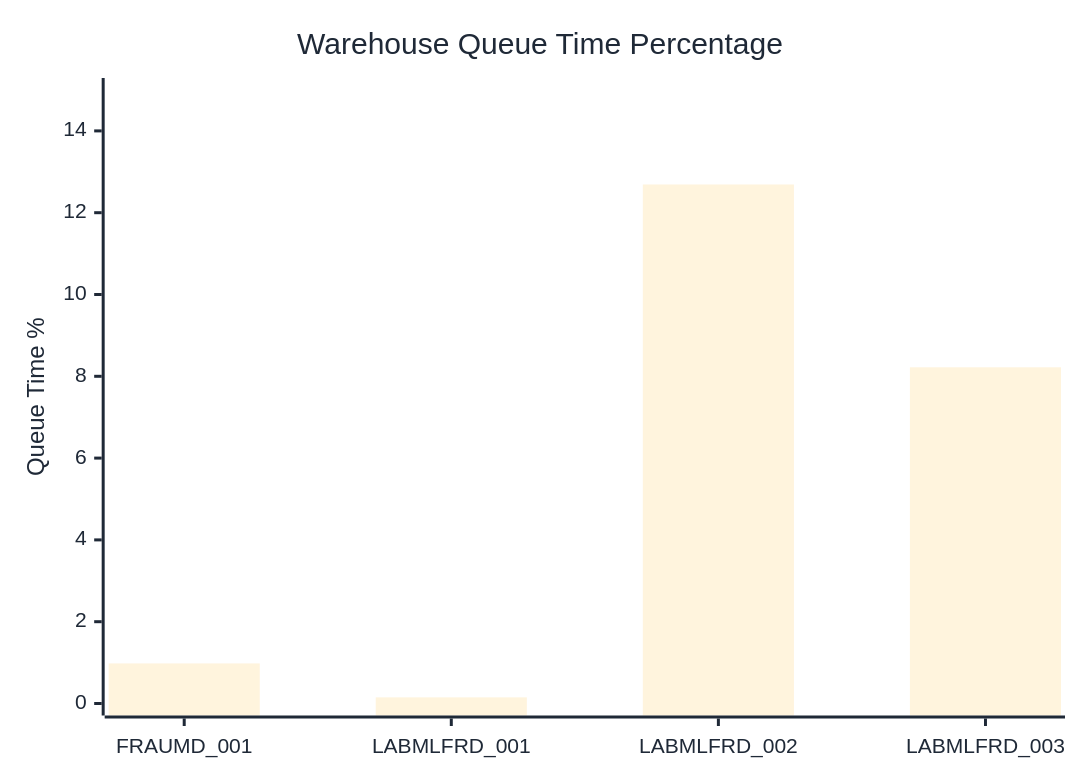
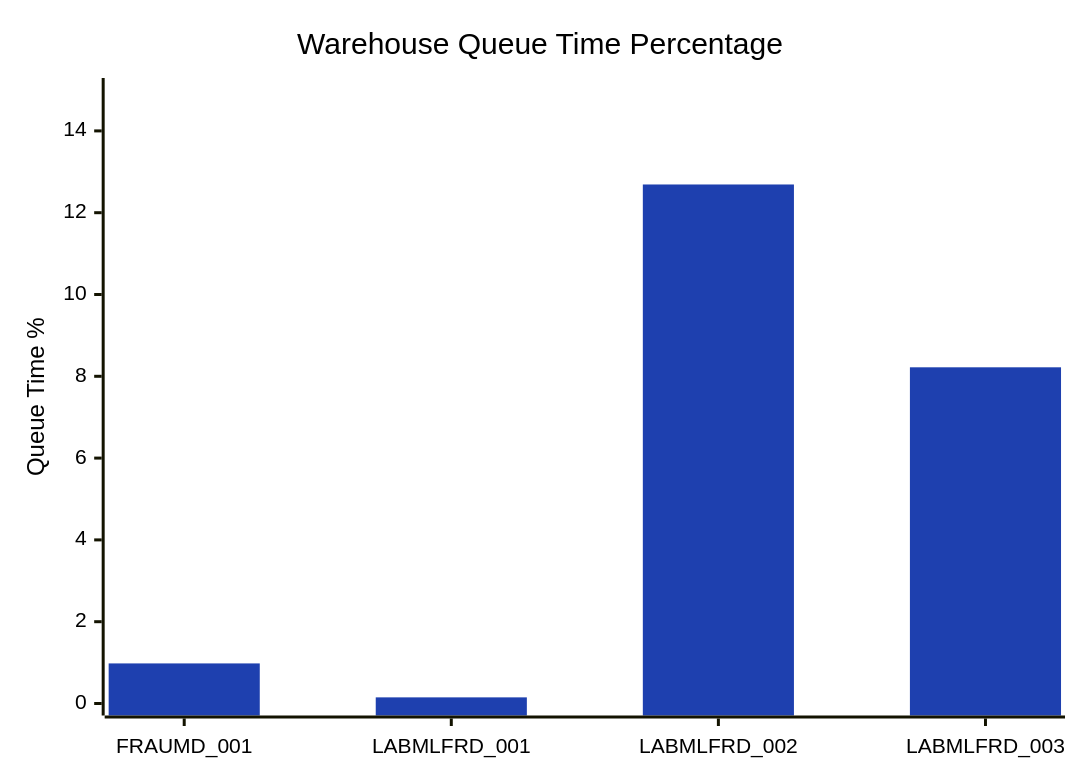
One commit to sfc-gh-mhindi/REPO_CBA changed the first of 9 diagrams in WH Analysis/FRAUMD_Warehouse_Analysis_Guide.md. Above: the diagram before and after it, drawn with Mermaid. The commit also changed other lines of this file, not shown here.

First line of the commit message:
Enhanced bar charts with darker colors and data labels

````diff
--- a/WH Analysis/FRAUMD_Warehouse_Analysis_Guide.md
+++ b/WH Analysis/FRAUMD_Warehouse_Analysis_Guide.md
@@ -79,8 +79,8 @@
 ```mermaid
-%%{init: {'theme':'base', 'themeVariables': { 'primaryColor': '#2563eb', 'primaryTextColor': '#1f2937', 'primaryBorderColor': '#1e40af', 'lineColor': '#374151', 'secondaryColor': '#10b981', 'tertiaryColor': '#f3f4f6', 'background': '#ffffff', 'fontFamily': 'Arial'}}}%%
+%%{init: {'theme':'base', 'themeVariables': { 'primaryColor': '#1e40af', 'primaryTextColor': '#000000', 'primaryBorderColor': '#1e3a8a', 'lineColor': '#000000', 'secondaryColor': '#059669', 'tertiaryColor': '#f8fafc', 'background': '#ffffff', 'fontFamily': 'Arial', 'xyChart': {'backgroundColor': '#ffffff', 'titleColor': '#000000', 'xAxisTitleColor': '#000000', 'xAxisLabelColor': '#000000', 'yAxisTitleColor': '#000000', 'yAxisLabelColor': '#000000', 'plotColorPalette': '#1e40af,#7c3aed,#dc2626,#059669,#ea580c'}}}}%%
 xychart-beta
     title "Warehouse Queue Time Percentage"
     x-axis [FRAUMD_001, LABMLFRD_001, LABMLFRD_002, LABMLFRD_003]
     y-axis "Queue Time %" 0 --> 15
-    bar [0.98, 0.15, 12.69, 8.22]
+    bar "Queue %" [0.98, 0.15, 12.69, 8.22]
 ```
````
